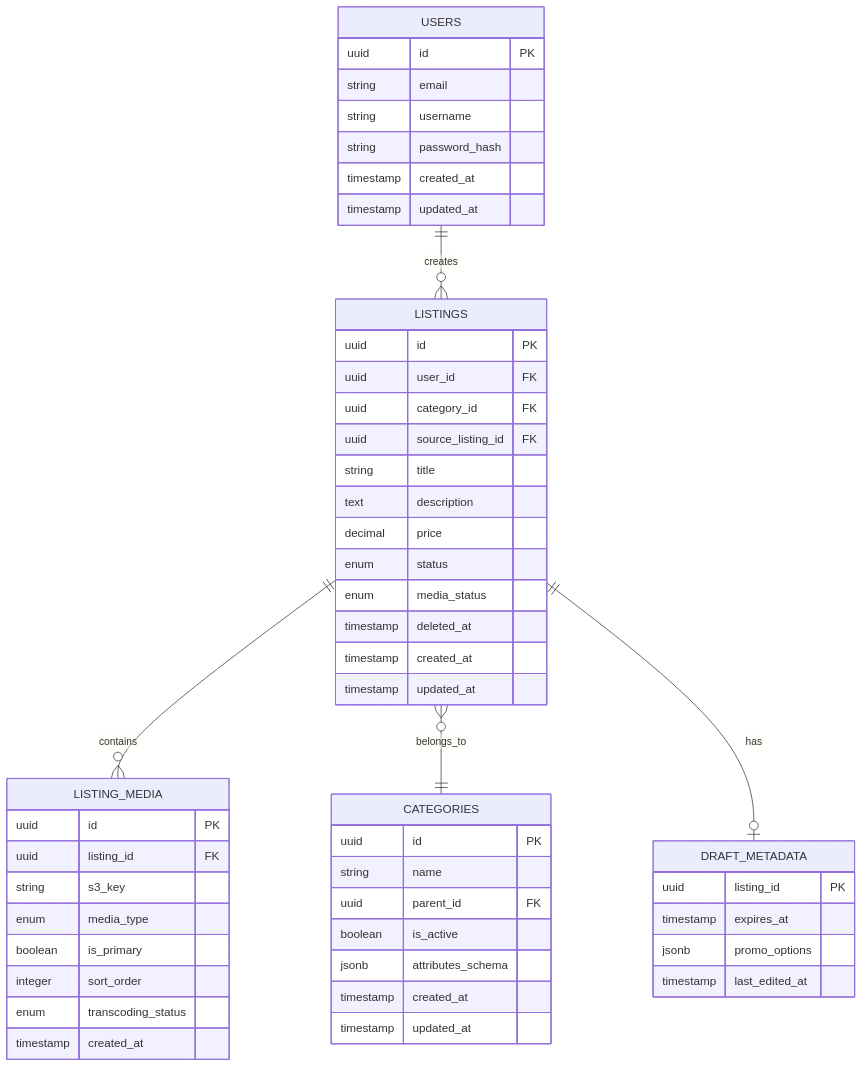
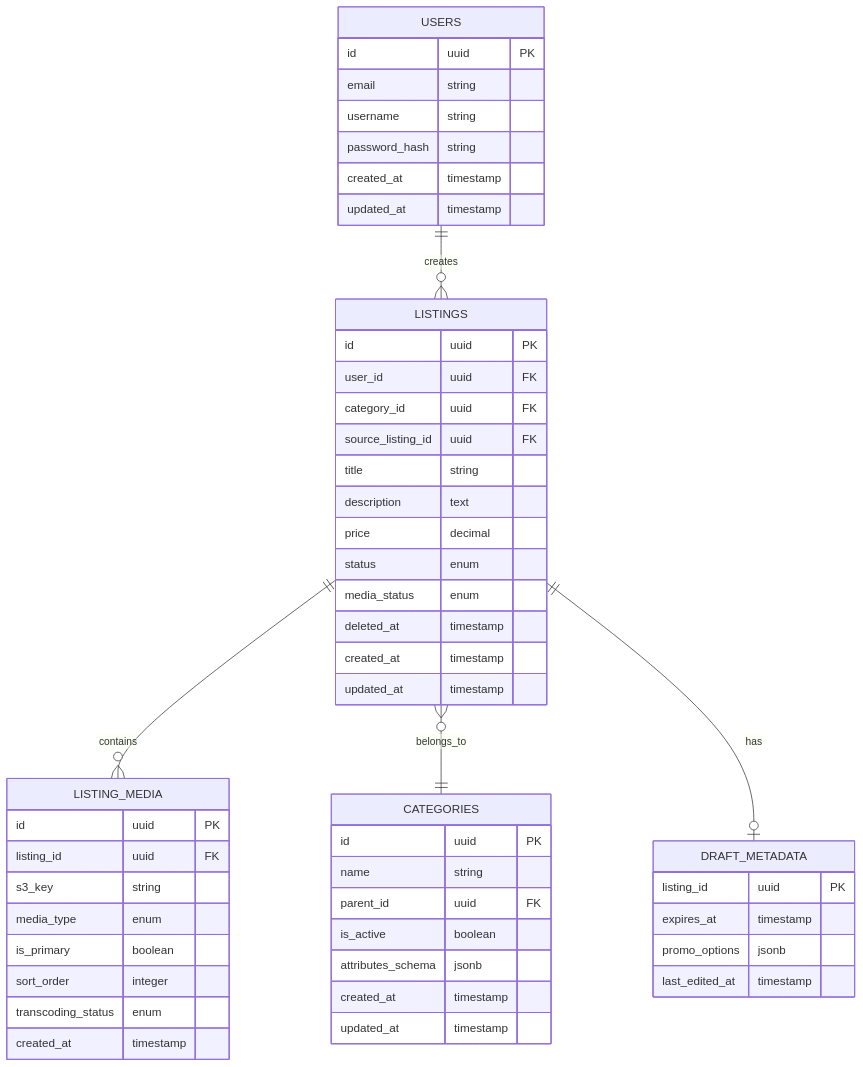
Before and after one commit to Jane2727/Aviato: the diagram in ER.mmd, drawn with Mermaid. The commit also changed 1 other file, not shown here.

```diff
--- a/ER.mmd
+++ b/ER.mmd
@@ -1,87 +1,87 @@
 %% ER-диаграмма данных
 
 erDiagram
     %% Один пользователь создает много объявлений (1 - N)
     USERS ||--o{ LISTINGS : creates
     %% Одно объявление содержит много медиафайлов (1 - N)
     LISTINGS ||--o{ LISTING_MEDIA : contains
     %% Много объявлений принадлежат одной категории (N - 1)
     LISTINGS }o--|| CATEGORIES : belongs_to
     %% Одно объявление может иметь метаданные черновика (опционально, только для черновиков) (1 - 1)
     LISTINGS ||--o| DRAFT_METADATA : has
 
     %% Пользователи
     USERS {
-        uuid id PK
-        string email
-        string username
-        string password_hash
-        timestamp created_at
-        timestamp updated_at
+        id uuid PK
+        email string
+        username string
+        password_hash string
+        created_at timestamp
+        updated_at timestamp
     }
 
     %% Объявления
     LISTINGS {
-        uuid id PK
-        uuid user_id FK
-        uuid category_id FK
-        uuid source_listing_id FK
-        string title
-        text description
-        decimal price
-        enum status
-        enum media_status
-        timestamp deleted_at
-        timestamp created_at
-        timestamp updated_at
+        id uuid PK
+        user_id uuid FK
+        category_id uuid FK
+        source_listing_id uuid FK
+        title string
+        description text
+        price decimal
+        status enum
+        media_status enum
+        deleted_at timestamp
+        created_at timestamp
+        updated_at timestamp
     }
 
     %% Категории
     CATEGORIES {
-        uuid id PK
-        string name
-        uuid parent_id FK
-        boolean is_active
-        jsonb attributes_schema
-        timestamp created_at
-        timestamp updated_at
+        id uuid PK
+        name string
+        parent_id uuid FK
+        is_active boolean
+        attributes_schema jsonb
+        created_at timestamp
+        updated_at timestamp
     }
 
     %% Медиафайлы
     LISTING_MEDIA {
-        uuid id PK
-        uuid listing_id FK
-        string s3_key
-        enum media_type
-        boolean is_primary
-        integer sort_order
-        enum transcoding_status
-        timestamp created_at
+        id uuid PK
+        listing_id uuid FK
+        s3_key string
+        media_type enum
+        is_primary boolean
+        sort_order integer
+        transcoding_status enum
+        created_at timestamp
     }
 
     %% Метаданные черновика
     DRAFT_METADATA {
-        uuid listing_id PK
-        timestamp expires_at
-        jsonb promo_options
-        timestamp last_edited_at
+        listing_id uuid PK
+        expires_at timestamp
+        promo_options jsonb
+        last_edited_at timestamp
     }
 
 %% Описание полей:
 
 %% PK — Primary Key (первичный ключ)
 %% FK — Foreign Key (внешний ключ)
 %% uuid — уникальный идентификатор
 %% enum status — статус объявления, может принимать значения:
     %% DRAFT | ACTIVE | ARCHIVED | MODERATION | DELETED | BANNED
 %% enum media_status — статус медиа, может принимать значения:
     %% PENDING | PROCESSING | READY
 %% enum media_type — тип медиа, может принимать значения:
     %% IMAGE | VIDEO
 %% enum transcoding_status — статус транскодинга, может принимать значения:
     %% PENDING | PROCESSING | COMPLETED | FAILED
 %% jsonb — бинарный JSON для хранения сложных структур данных
-%% text — длинный текст (неограниченной длины)
+%% text — длинный текст
 %% decimal — число с плавающей точкой (для цены)
 %% timestamp deleted_at — момент soft-delete (проставляется при переходе LISTINGS.status в DELETED);
     %% используется фоновым джобом для hard delete через 30 дней после этой отметки. NULL, если запись не удалена.
```
